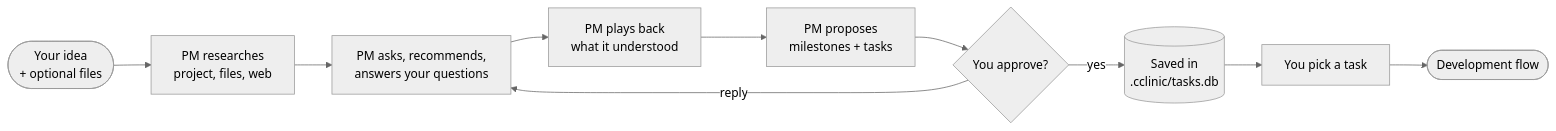
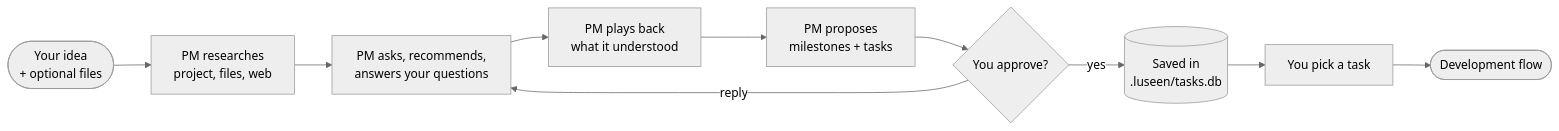
Before and after one commit to Hayko97/cclinic: the first of 5 diagrams in PLANNING_FLOW.md, drawn with Mermaid (neutral theme). The commit also changed other lines of this file and 311 other files, not shown here.

````diff
--- a/PLANNING_FLOW.md
+++ b/PLANNING_FLOW.md
@@ -13,12 +13,12 @@
 ```mermaid
 flowchart LR
     I([Your idea<br/>+ optional files]) --> R[PM researches<br/>project, files, web]
     R --> Q[PM asks, recommends,<br/>answers your questions]
     Q --> B[PM plays back<br/>what it understood]
     B --> P[PM proposes<br/>milestones + tasks]
     P --> G{You approve?}
     G -- reply --> Q
-    G -- yes --> S[(Saved in<br/>.cclinic/tasks.db)]
+    G -- yes --> S[(Saved in<br/>.luseen/tasks.db)]
     S --> W[You pick a task]
     W --> D([Development flow])
 ```
````
